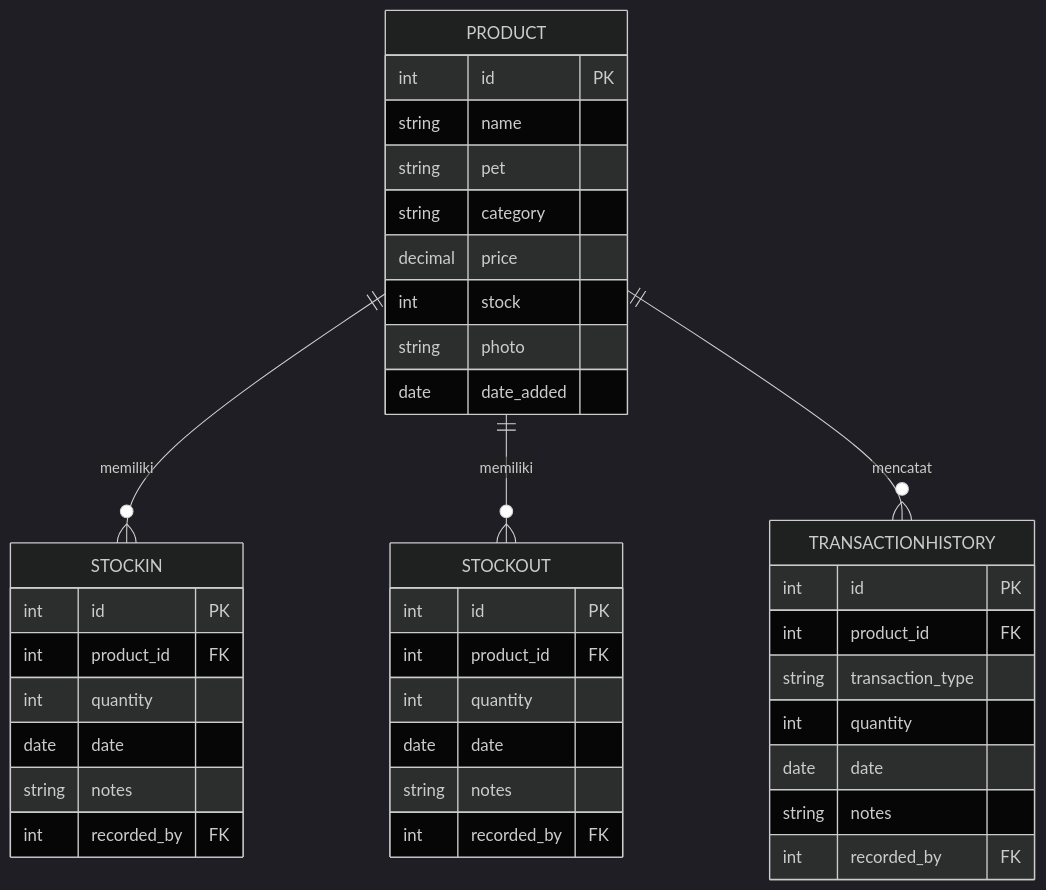
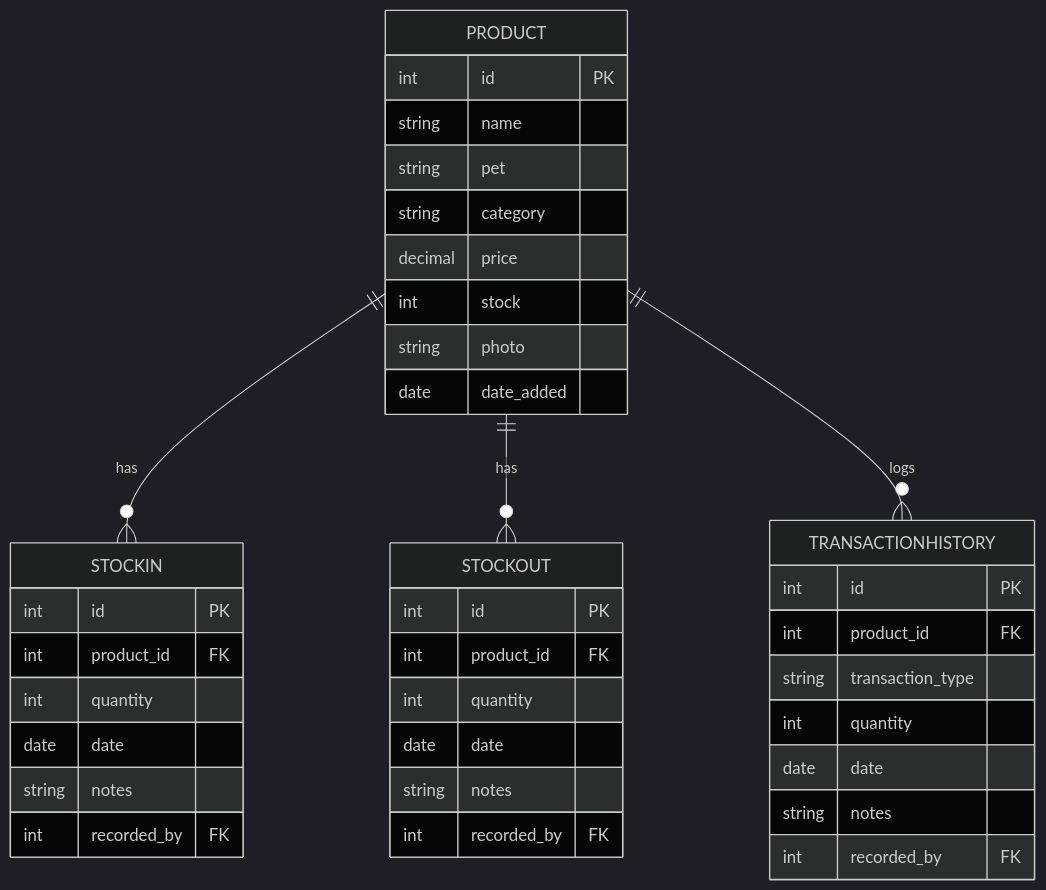
One commit to dallenfriedolinmanueldaely-creator/PetShop-Inventory-Management-System changed the diagram in README.md. Above: the diagram before and after it, drawn with Mermaid (dark theme). The commit also changed other lines of this file, not shown here.

````diff
--- a/README.md
+++ b/README.md
@@ -220,42 +220,42 @@
 ```mermaid
 erDiagram
-    PRODUCT ||--o{ STOCKIN : memiliki
-    PRODUCT ||--o{ STOCKOUT : memiliki
-    PRODUCT ||--o{ TRANSACTIONHISTORY : mencatat
+    PRODUCT ||--o{ STOCKIN : has
+    PRODUCT ||--o{ STOCKOUT : has
+    PRODUCT ||--o{ TRANSACTIONHISTORY : logs
 
     PRODUCT {
         int id PK
         string name
         string pet
         string category
         decimal price
         int stock
         string photo
         date date_added
     }
     STOCKIN {
         int id PK
         int product_id FK
         int quantity
         date date
         string notes
         int recorded_by FK
     }
     STOCKOUT {
         int id PK
         int product_id FK
         int quantity
         date date
         string notes
         int recorded_by FK
     }
     TRANSACTIONHISTORY {
         int id PK
         int product_id FK
         string transaction_type
         int quantity
         date date
         string notes
         int recorded_by FK
     }
 ```
````
